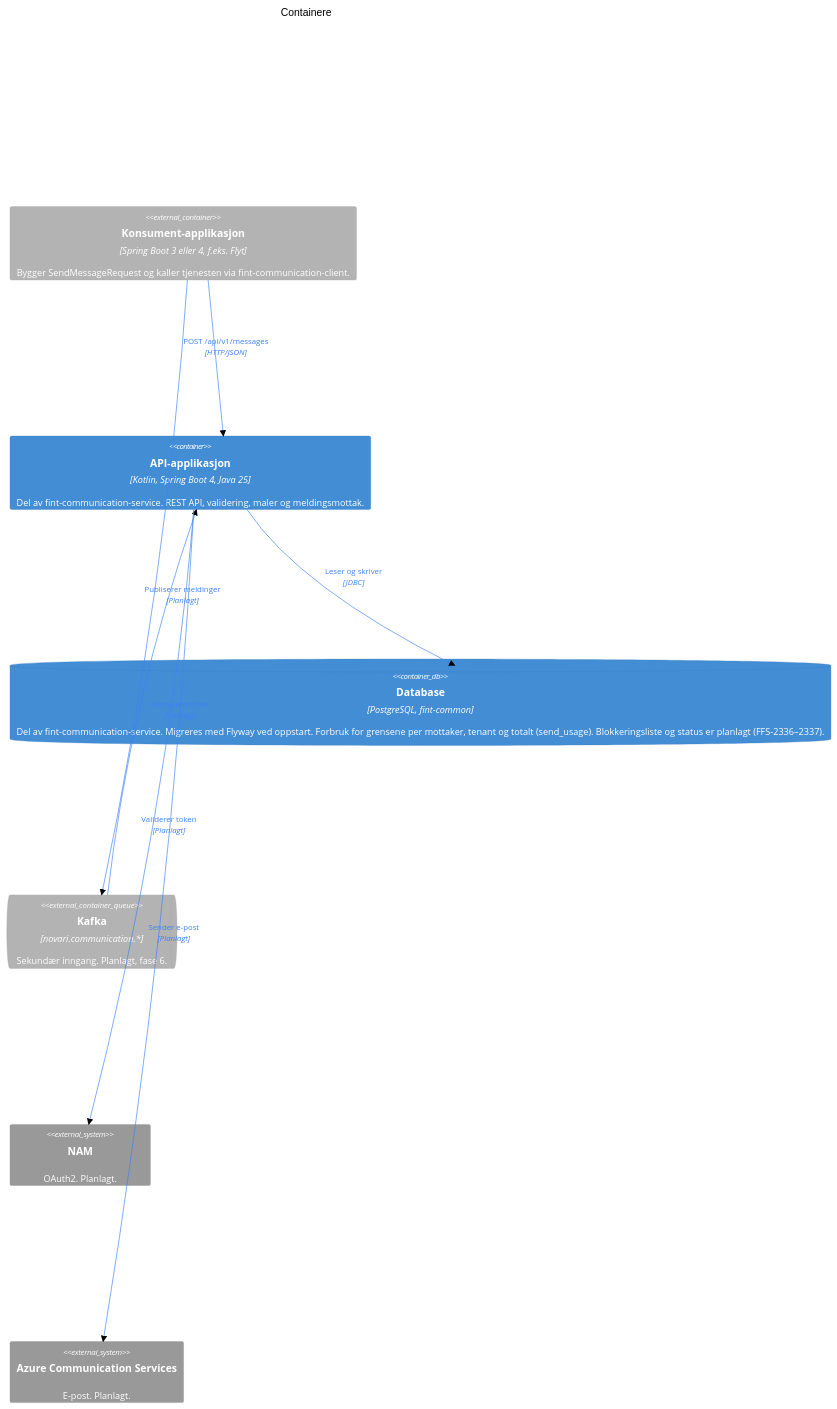
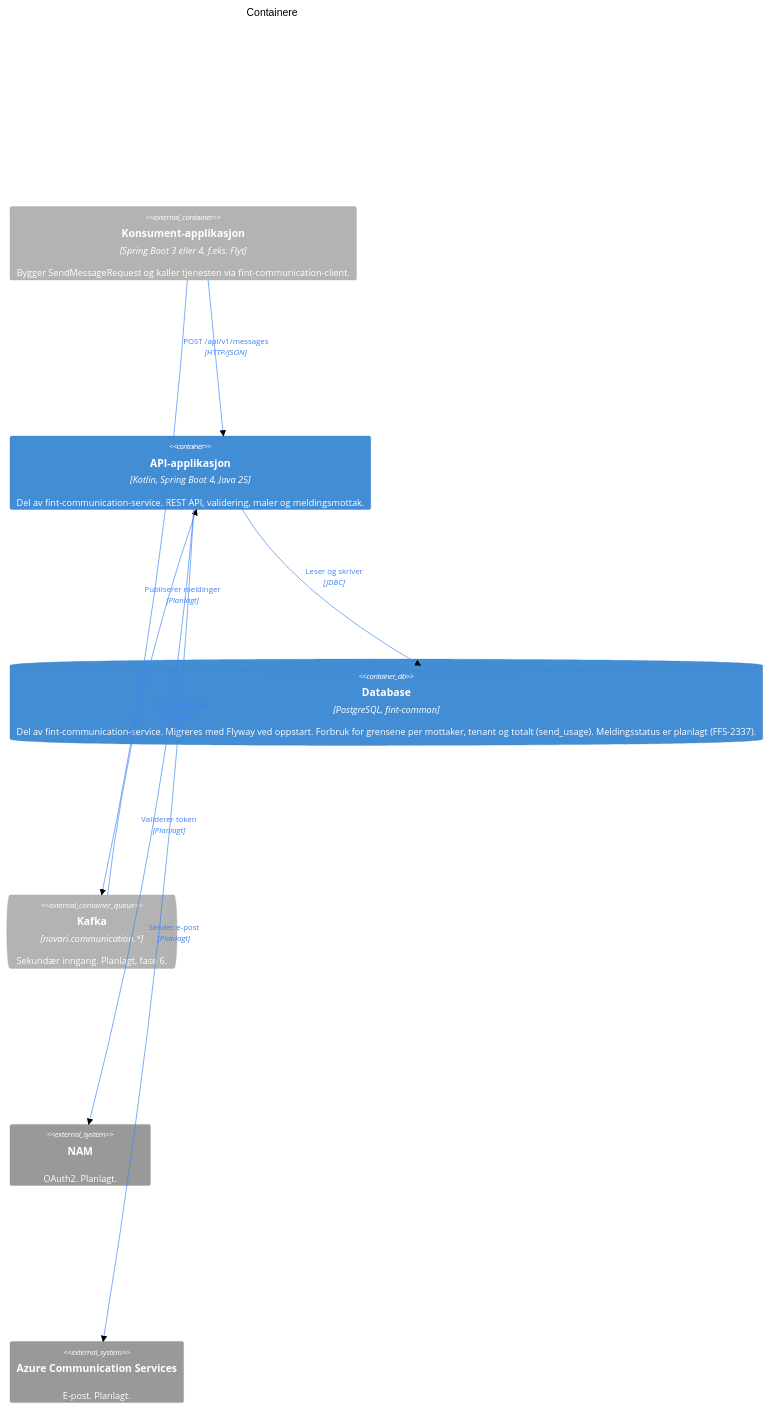
Before and after one commit to FINTLabs/fint-communication-service: the second of 12 diagrams in docs/architecture.md, drawn with Mermaid (forest theme). The commit also changed other lines of this file, not shown here.

````diff
--- a/docs/architecture.md
+++ b/docs/architecture.md
@@ -66,27 +66,27 @@
 ```mermaid
 %%{init: {"c4": {"c4ShapeMargin": 120}}}%%
 C4Container
     title Containere
 
     Container_Ext(konsumentApp, "Konsument-applikasjon", "Spring Boot 3 eller 4, f.eks. Flyt", "Bygger SendMessageRequest og kaller tjenesten via fint-communication-client.")
     Container(app, "API-applikasjon", "Kotlin, Spring Boot 4, Java 25", "Del av fint-communication-service. REST API, validering, maler og meldingsmottak.")
-    ContainerDb(db, "Database", "PostgreSQL, fint-common", "Del av fint-communication-service. Migreres med Flyway ved oppstart. Forbruk for grensene per mottaker, tenant og totalt (send_usage). Blokkeringsliste og status er planlagt (FFS-2336–2337).")
+    ContainerDb(db, "Database", "PostgreSQL, fint-common", "Del av fint-communication-service. Migreres med Flyway ved oppstart. Forbruk for grensene per mottaker, tenant og totalt (send_usage). Meldingsstatus er planlagt (FFS-2337).")
     ContainerQueue_Ext(kafka, "Kafka", "novari.communication.*", "Sekundær inngang. Planlagt, fase 6.")
     System_Ext(nam, "NAM", "OAuth2. Planlagt.")
     System_Ext(acs, "Azure Communication Services", "E-post. Planlagt.")
 
     Rel(konsumentApp, app, "POST /api/v1/messages", "HTTP/JSON")
     Rel(konsumentApp, kafka, "Publiserer meldinger", "Planlagt")
     Rel(kafka, app, "Konsumeres av", "Planlagt")
     Rel(app, db, "Leser og skriver", "JDBC")
     Rel(app, nam, "Validerer token", "Planlagt")
     Rel(app, acs, "Sender e-post", "Planlagt")
 
     UpdateRelStyle(konsumentApp, app, $textColor="#3B82F6", $lineColor="#3B82F6", $offsetY="-28", $offsetX="-50")
     UpdateRelStyle(konsumentApp, kafka, $textColor="#3B82F6", $lineColor="#3B82F6")
     UpdateRelStyle(kafka, app, $textColor="#3B82F6", $lineColor="#3B82F6")
     UpdateRelStyle(app, db, $textColor="#3B82F6", $lineColor="#3B82F6", $offsetY="-28", $offsetX="-40")
     UpdateRelStyle(app, nam, $textColor="#3B82F6", $lineColor="#3B82F6")
     UpdateRelStyle(app, acs, $textColor="#3B82F6", $lineColor="#3B82F6")
     UpdateLayoutConfig($c4ShapeInRow="3", $c4BoundaryInRow="1")
 ```
````
